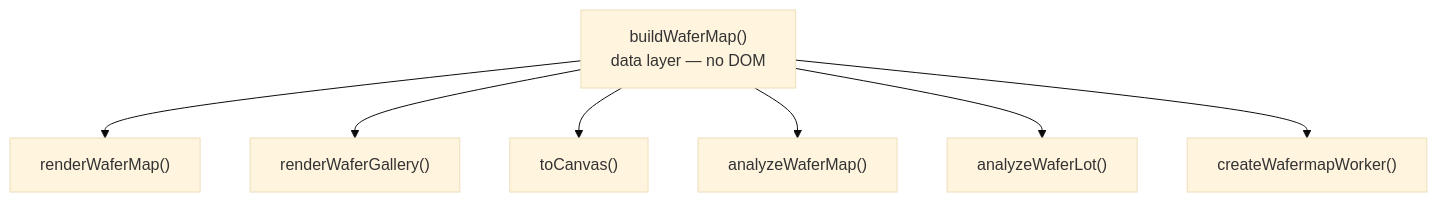
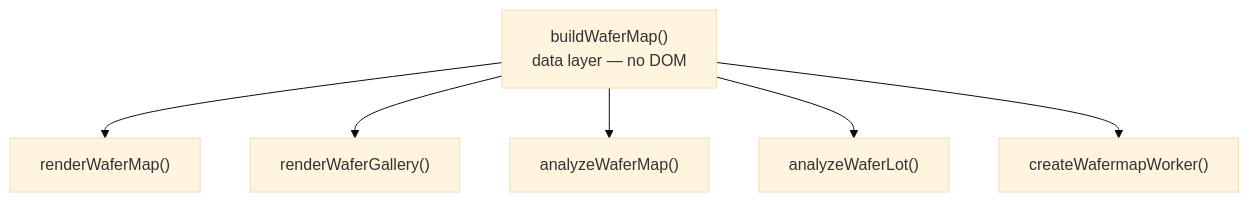
One commit to wafertools/wafermap changed the first of 2 diagrams in docs/api.md. Above: the diagram before and after it, drawn with Mermaid (base theme). The commit also changed other lines of this file and 6 other files, not shown here.

````diff
--- a/docs/api.md
+++ b/docs/api.md
@@ -87,17 +87,15 @@
 ```mermaid
 graph TD
     bwm["buildWaferMap()<br/>data layer — no DOM"]
     rwm["renderWaferMap()"]
     rg["renderWaferGallery()"]
-    tc["toCanvas()"]
     awm["analyzeWaferMap()"]
     awl["analyzeWaferLot()"]
     wk["createWafermapWorker()"]
 
     bwm --> rwm
     bwm --> rg
-    bwm --> tc
     bwm --> awm
     bwm --> awl
     bwm --> wk
 ```
````
